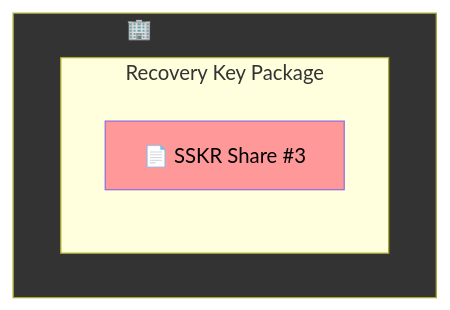
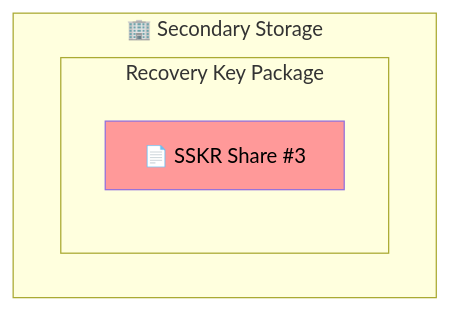
Diagram 17 of 26 in Docs/Scenario-Multisig.md (BlockchainCommons/SmartCustody), drawn with Mermaid before and after one commit. The commit also changed other lines of this file, not shown here.

````diff
--- a/Docs/Scenario-Multisig.md
+++ b/Docs/Scenario-Multisig.md
@@ -580,10 +578,9 @@
     ```mermaid
     graph TD;
     subgraph secondary ["🏢 Secondary Storage"]
       subgraph "Recovery Key Package"
       D["📄 SSKR Share #3"]
       end
     end        
-    style secondary fill:#333;
     style D color:#000,fill:#ff9999;
     ```
````
